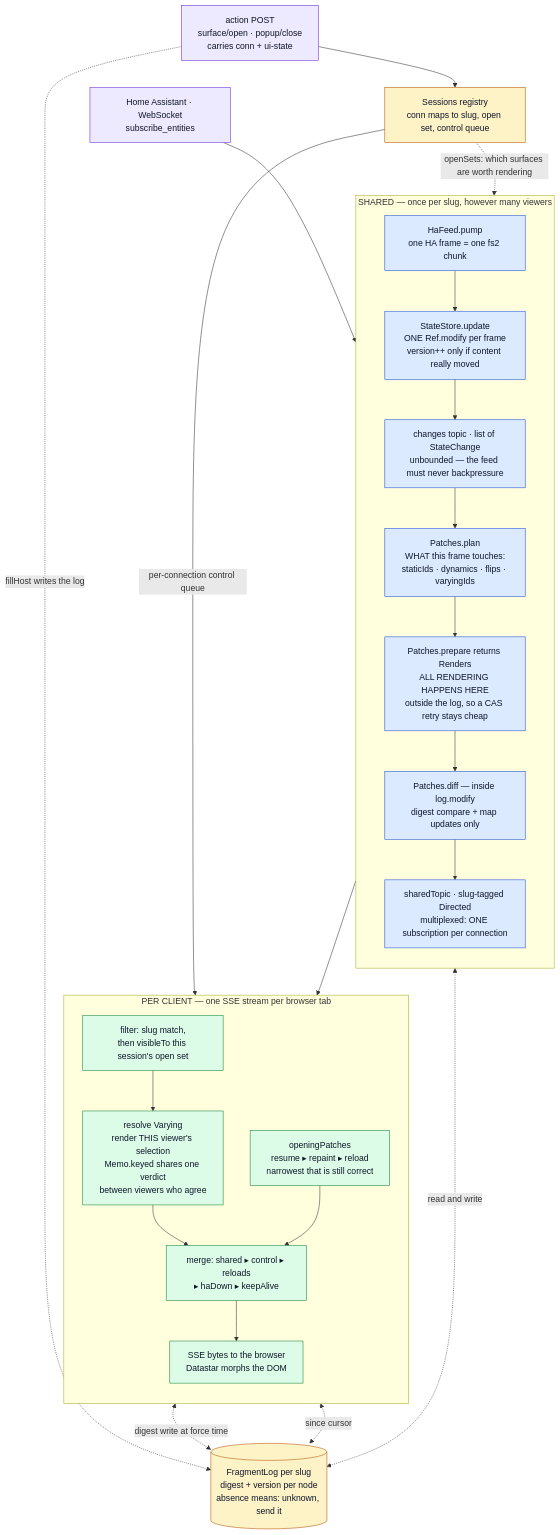
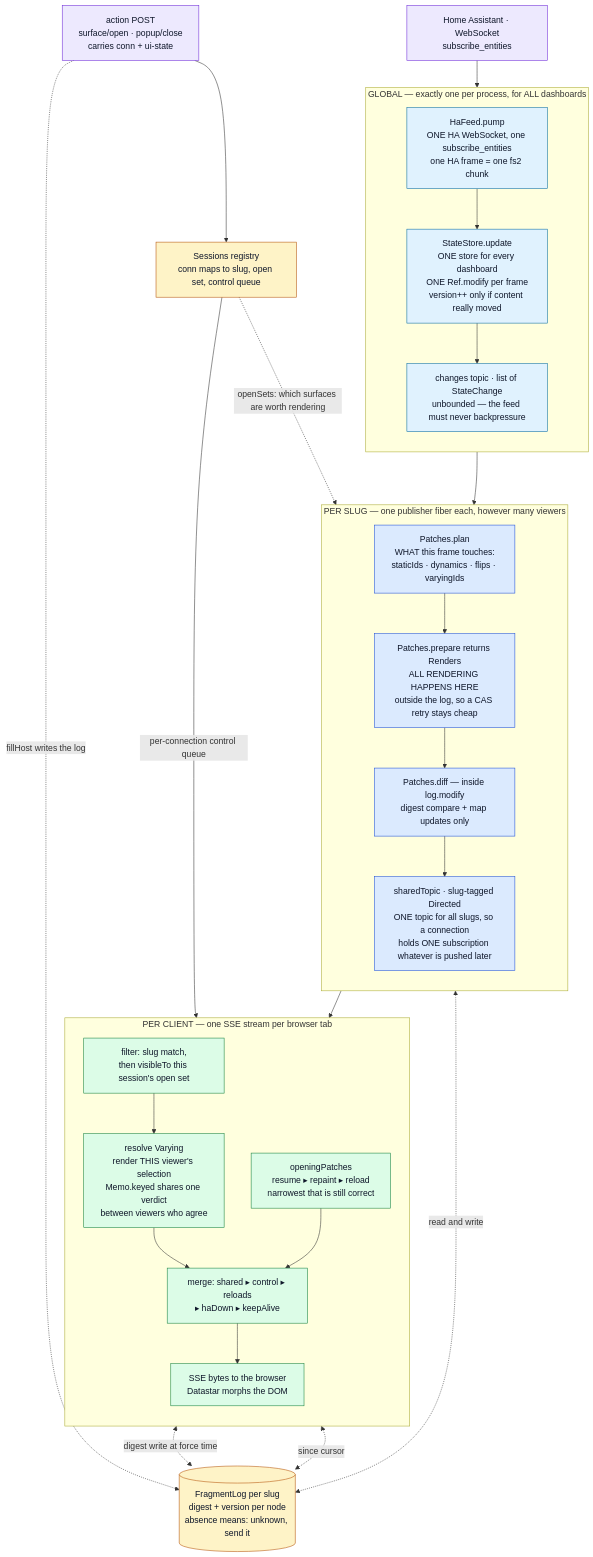
One commit to perok/functional-home-assistant changed the first of 3 diagrams in docs/rendering-pipeline.md. Above: the diagram before and after it, drawn with Mermaid. The commit also changed other lines of this file, not shown here.

````diff
--- a/docs/rendering-pipeline.md
+++ b/docs/rendering-pipeline.md
@@ -27,48 +27,54 @@
 ```mermaid
 flowchart TB
   HA["Home Assistant · WebSocket<br/>subscribe_entities"]
 
-  subgraph SHARED["SHARED — once per slug, however many viewers"]
+  subgraph GLOBAL["GLOBAL — exactly one per process, for ALL dashboards"]
     direction TB
-    PUMP["HaFeed.pump<br/>one HA frame = one fs2 chunk"]
-    STORE["StateStore.update<br/>ONE Ref.modify per frame<br/>version++ only if content really moved"]
+    PUMP["HaFeed.pump<br/>ONE HA WebSocket, one subscribe_entities<br/>one HA frame = one fs2 chunk"]
+    STORE["StateStore.update<br/>ONE store for every dashboard<br/>ONE Ref.modify per frame<br/>version++ only if content really moved"]
     CH["changes topic · list of StateChange<br/>unbounded — the feed must never backpressure"]
+  end
+
+  subgraph SHARED["PER SLUG — one publisher fiber each, however many viewers"]
+    direction TB
     PLAN["Patches.plan<br/>WHAT this frame touches:<br/>staticIds · dynamics · flips · varyingIds"]
     PREP["Patches.prepare returns Renders<br/>ALL RENDERING HAPPENS HERE<br/>outside the log, so a CAS retry stays cheap"]
     DIFF["Patches.diff — inside log.modify<br/>digest compare + map updates only"]
-    TOPIC["sharedTopic · slug-tagged Directed<br/>multiplexed: ONE subscription per connection"]
+    TOPIC["sharedTopic · slug-tagged Directed<br/>ONE topic for all slugs, so a connection<br/>holds ONE subscription whatever is pushed later"]
   end
 
   subgraph CLIENT["PER CLIENT — one SSE stream per browser tab"]
     direction TB
     OPEN["openingPatches<br/>resume ▸ repaint ▸ reload<br/>narrowest that is still correct"]
     FILT["filter: slug match,<br/>then visibleTo this session's open set"]
     RESOLVE["resolve Varying<br/>render THIS viewer's selection<br/>Memo.keyed shares one verdict<br/>between viewers who agree"]
     MERGE["merge: shared ▸ control ▸ reloads<br/>▸ haDown ▸ keepAlive"]
     SSE["SSE bytes to the browser<br/>Datastar morphs the DOM"]
   end
 
   ACT["action POST<br/>surface/open · popup/close<br/>carries conn + ui-state"]
   SESS["Sessions registry<br/>conn maps to slug, open set, control queue"]
   LOG[("FragmentLog per slug<br/>digest + version per node<br/>absence means: unknown, send it")]
 
   HA --> PUMP --> STORE --> CH --> PLAN --> PREP --> DIFF --> TOPIC
   TOPIC --> FILT --> RESOLVE --> MERGE --> SSE
   OPEN --> MERGE
   DIFF <-.->|read and write| LOG
   RESOLVE <-.->|digest write at force time| LOG
   OPEN <-.->|since cursor| LOG
   ACT --> SESS
   SESS -->|per-connection control queue| MERGE
   ACT -.->|fillHost writes the log| LOG
   SESS -.->|openSets: which surfaces are worth rendering| PLAN
 
+  classDef global fill:#e0f2fe,stroke:#0369a1,color:#0f172a
   classDef shared fill:#dbeafe,stroke:#1d4ed8,color:#0f172a
   classDef client fill:#dcfce7,stroke:#15803d,color:#0f172a
   classDef store fill:#fef3c7,stroke:#b45309,color:#0f172a
   classDef ext fill:#ede9fe,stroke:#6d28d9,color:#0f172a
-  class PUMP,STORE,CH,PLAN,PREP,DIFF,TOPIC shared
+  class PUMP,STORE,CH global
+  class PLAN,PREP,DIFF,TOPIC shared
   class OPEN,FILT,RESOLVE,MERGE,SSE client
   class LOG,SESS store
   class HA,ACT ext
 ```
````
